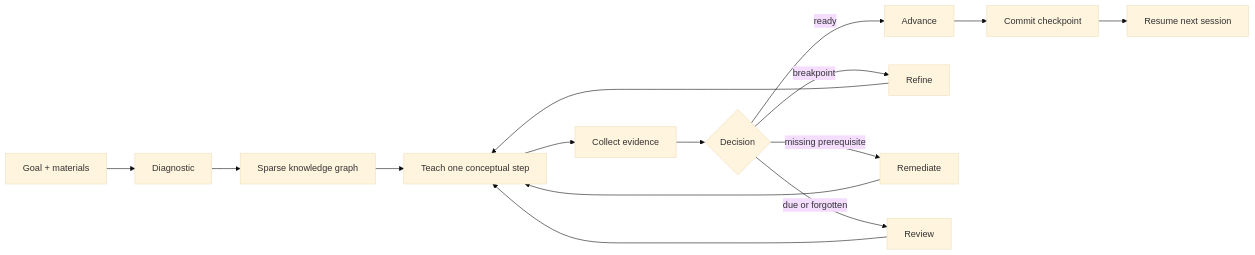
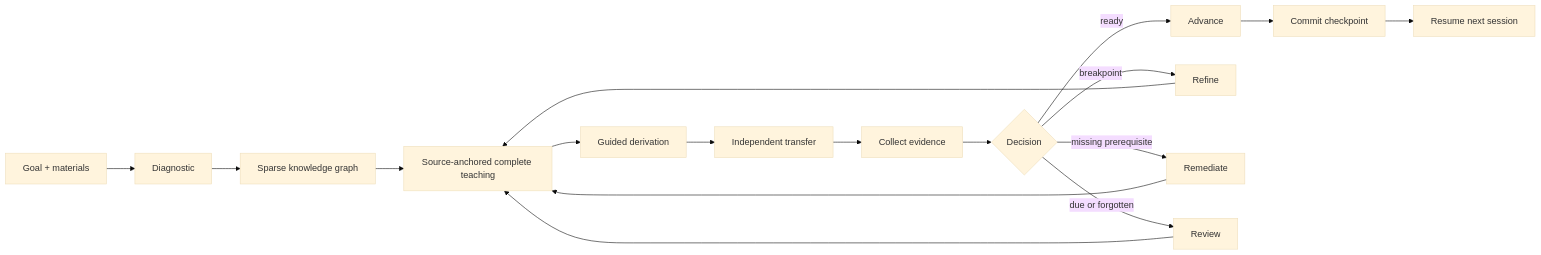
Before and after one commit to iyohesohoka646-dotcom/learn-by-ai: the diagram in README.md, drawn with Mermaid (base theme). The commit also changed other lines of this file and 7 other files, not shown here.

Commit message:
Add source-anchored teaching cycle

````diff
--- a/README.md
+++ b/README.md
@@ -74,17 +77,19 @@
 ```mermaid
 flowchart LR
     A["Goal + materials"] --> B["Diagnostic"]
     B --> C["Sparse knowledge graph"]
-    C --> D["Teach one conceptual step"]
-    D --> E["Collect evidence"]
+    C --> D["Source-anchored complete teaching"]
+    D --> D2["Guided derivation"]
+    D2 --> D3["Independent transfer"]
+    D3 --> E["Collect evidence"]
     E --> F{"Decision"}
     F -->|ready| G["Advance"]
     F -->|breakpoint| H["Refine"]
     F -->|missing prerequisite| I["Remediate"]
     F -->|due or forgotten| J["Review"]
     G --> K["Commit checkpoint"]
     H --> D
     I --> D
     J --> D
     K --> L["Resume next session"]
 ```
````
